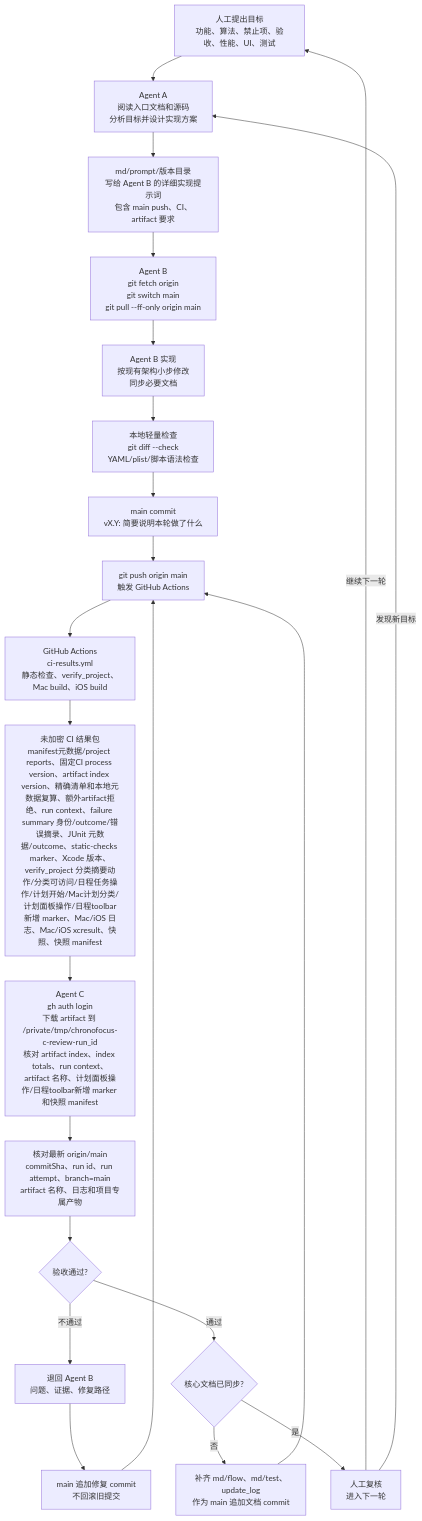
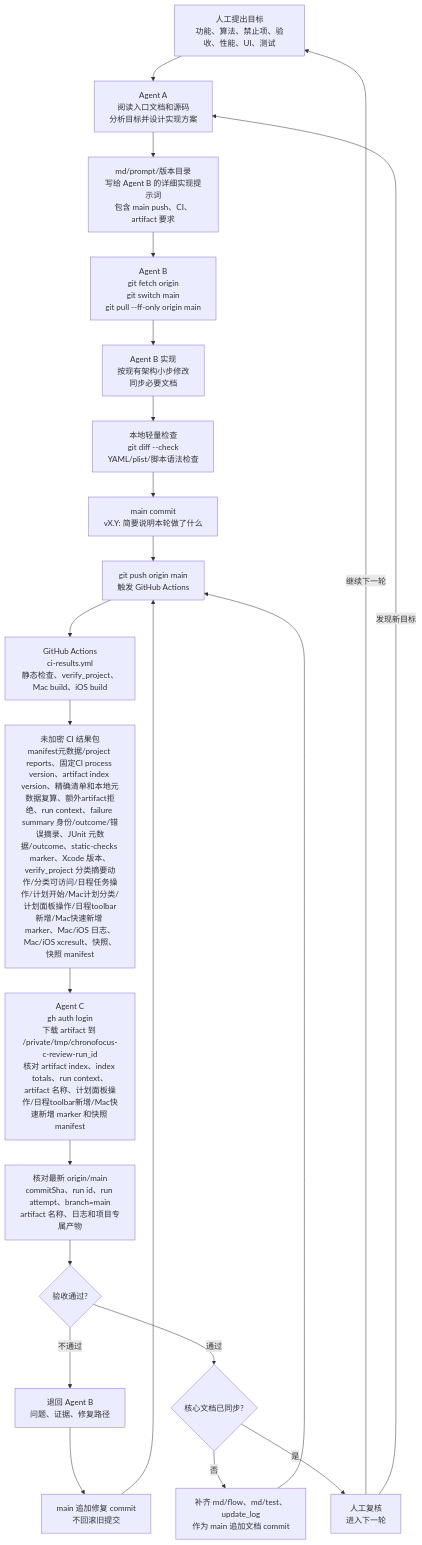
One commit to Altman-sam114/114 changed the fifth of 6 diagrams in md/flow/flowchart.md. Above: the diagram before and after it, drawn with Mermaid. The commit also changed other lines of this file and 8 other files, not shown here.

````diff
--- a/md/flow/flowchart.md
+++ b/md/flow/flowchart.md
@@ -102,24 +102,24 @@
 ```mermaid
 flowchart TD
   H["人工提出目标<br/>功能、算法、禁止项、验收、性能、UI、测试"] --> A["Agent A<br/>阅读入口文档和源码<br/>分析目标并设计实现方案"]
   A --> P["md/prompt/版本目录<br/>写给 Agent B 的详细实现提示词<br/>包含 main push、CI、artifact 要求"]
   P --> B0["Agent B<br/>git fetch origin<br/>git switch main<br/>git pull --ff-only origin main"]
   B0 --> B1["Agent B 实现<br/>按现有架构小步修改<br/>同步必要文档"]
   B1 --> L["本地轻量检查<br/>git diff --check<br/>YAML/plist/脚本语法检查"]
   L --> G["main commit<br/>vX.Y: 简要说明本轮做了什么"]
   G --> PUSH["git push origin main<br/>触发 GitHub Actions"]
   PUSH --> CI["GitHub Actions<br/>ci-results.yml<br/>静态检查、verify_project、Mac build、iOS build"]
-  CI --> ART["未加密 CI 结果包<br/>manifest元数据/project reports、固定CI process version、artifact index version、精确清单和本地元数据复算、额外artifact拒绝、run context、failure summary 身份/outcome/错误摘录、JUnit 元数据/outcome、static-checks marker、Xcode 版本、verify_project 分类摘要动作/分类可访问/日程任务操作/计划开始/Mac计划分类/计划面板操作/日程toolbar新增 marker、Mac/iOS 日志、Mac/iOS xcresult、快照、快照 manifest"]
-  ART --> C["Agent C<br/>gh auth login<br/>下载 artifact 到 /private/tmp/chronofocus-c-review-run_id<br/>核对 artifact index、index totals、run context、artifact 名称、计划面板操作/日程toolbar新增 marker 和快照 manifest"]
+  CI --> ART["未加密 CI 结果包<br/>manifest元数据/project reports、固定CI process version、artifact index version、精确清单和本地元数据复算、额外artifact拒绝、run context、failure summary 身份/outcome/错误摘录、JUnit 元数据/outcome、static-checks marker、Xcode 版本、verify_project 分类摘要动作/分类可访问/日程任务操作/计划开始/Mac计划分类/计划面板操作/日程toolbar新增/Mac快速新增 marker、Mac/iOS 日志、Mac/iOS xcresult、快照、快照 manifest"]
+  ART --> C["Agent C<br/>gh auth login<br/>下载 artifact 到 /private/tmp/chronofocus-c-review-run_id<br/>核对 artifact index、index totals、run context、artifact 名称、计划面板操作/日程toolbar新增/Mac快速新增 marker 和快照 manifest"]
   C --> V["核对最新 origin/main<br/>commitSha、run id、run attempt、branch=main<br/>artifact 名称、日志和项目专属产物"]
   V --> PASS{"验收通过?"}
   PASS -->|不通过| BACK["退回 Agent B<br/>问题、证据、修复路径"]
   BACK --> FIX["main 追加修复 commit<br/>不回滚旧提交"]
   FIX --> PUSH
   PASS -->|通过| DOC{"核心文档已同步?"}
   DOC -->|否| D["补齐 md/flow、md/test、update_log<br/>作为 main 追加文档 commit"]
   D --> PUSH
   DOC -->|是| J["人工复核<br/>进入下一轮"]
   J -->|继续下一轮| H
   J -->|发现新目标| A
 ```
````
